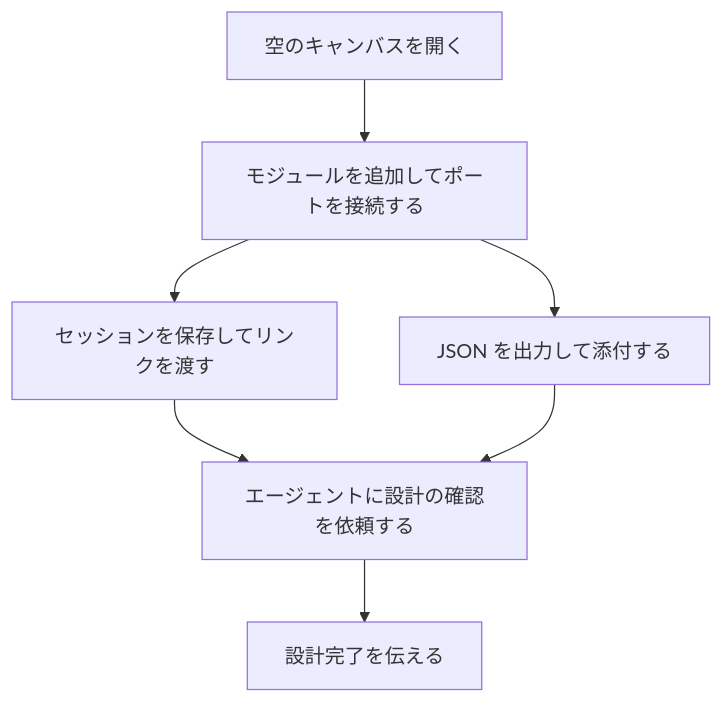
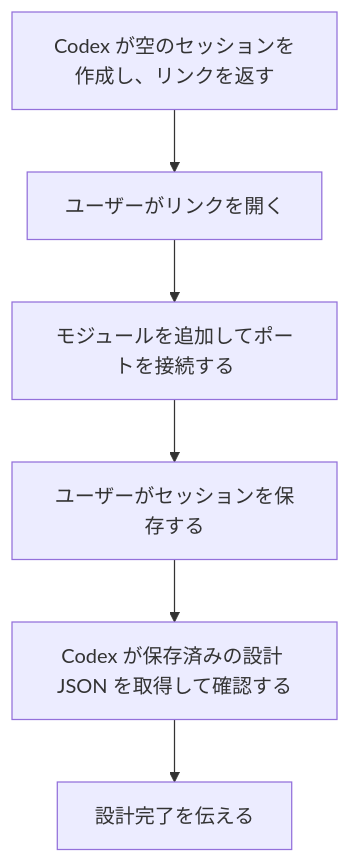
Before and after one commit to Nobu19800/RTC-Agent-Tools: the first of 2 diagrams in docs/empty-session.md, drawn with Mermaid. The commit also changed other lines of this file and 44 other files, not shown here.

````diff
--- a/docs/empty-session.md
+++ b/docs/empty-session.md
@@ -23,15 +23,14 @@
 ```mermaid
 flowchart TD
-    blank["空のキャンバスを開く"]
+    create["Codex が空のセッションを作成し、リンクを返す"]
+    blank["ユーザーがリンクを開く"]
     design["モジュールを追加してポートを接続する"]
-    saved["セッションを保存してリンクを渡す"]
-    exported["JSON を出力して添付する"]
-    review["エージェントに設計の確認を依頼する"]
+    saved["ユーザーがセッションを保存する"]
+    review["Codex が保存済みの設計 JSON を取得して確認する"]
     approve["設計完了を伝える"]
+    create --> blank
     blank --> design
     design --> saved
-    design --> exported
     saved --> review
-    exported --> review
     review --> approve
 ```
````
